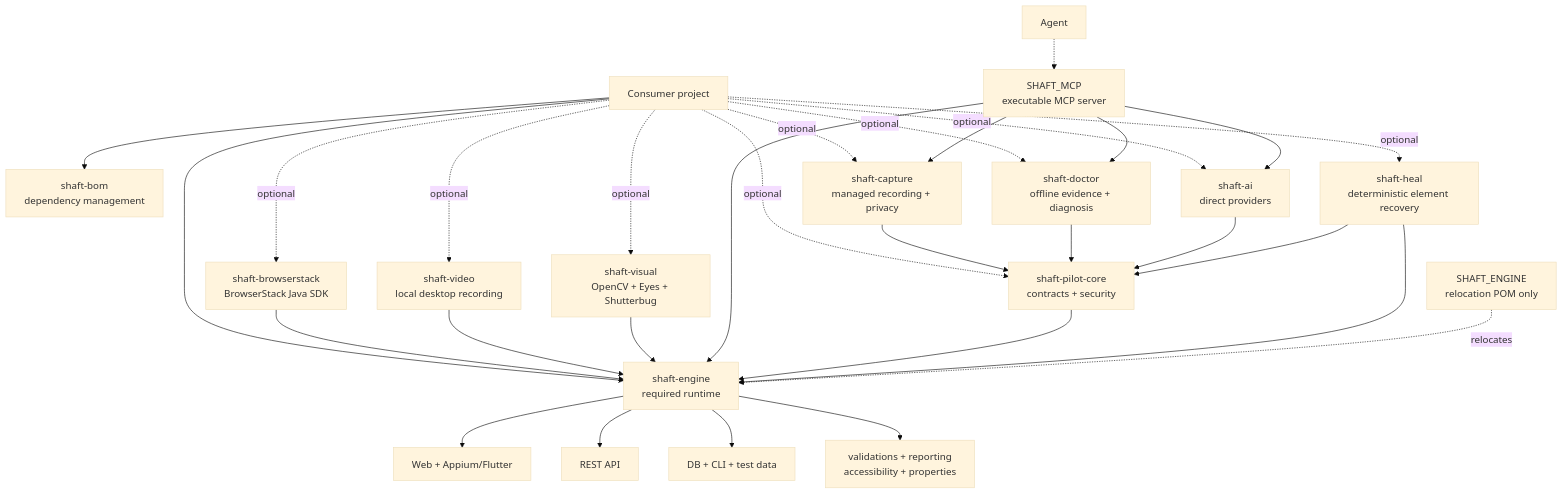
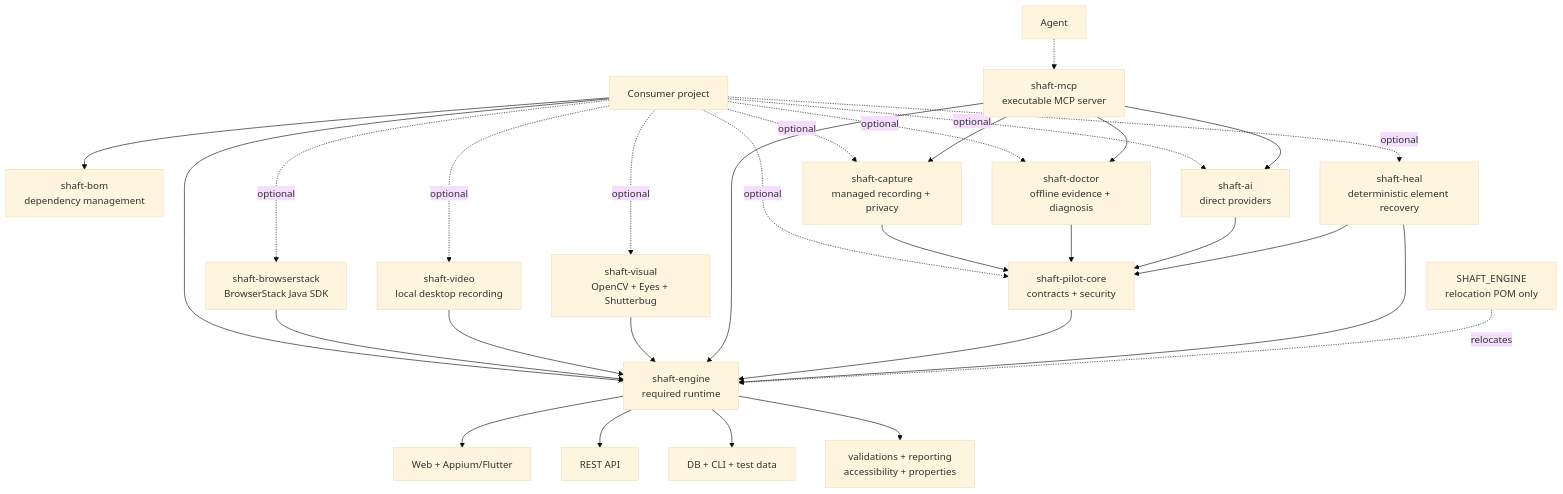
One commit to ShaftHQ/shafthq.github.io changed the first of 2 diagrams in docs/features/architecture.md. Above: the diagram before and after it, drawn with Mermaid (base theme). The commit also changed other lines of this file and 26 other files, not shown here.

Commit message:
docs: automate shaft-mcp desktop setup (#523)

````diff
--- a/docs/features/architecture.md
+++ b/docs/features/architecture.md
@@ -22,35 +22,35 @@
 ```mermaid
 flowchart TB
     Consumer["Consumer project"] --> BOM["shaft-bom<br/>dependency management"]
     Consumer --> Engine["shaft-engine<br/>required runtime"]
     Consumer -.->|optional| PilotCore["shaft-pilot-core<br/>contracts + security"]
     Consumer -.->|optional| Capture["shaft-capture<br/>managed recording + privacy"]
     Consumer -.->|optional| Doctor["shaft-doctor<br/>offline evidence + diagnosis"]
     Consumer -.->|optional| AI["shaft-ai<br/>direct providers"]
     Consumer -.->|optional| Heal["shaft-heal<br/>deterministic element recovery"]
     Consumer -.->|optional| BrowserStack["shaft-browserstack<br/>BrowserStack Java SDK"]
     Consumer -.->|optional| Video["shaft-video<br/>local desktop recording"]
     Consumer -.->|optional| Visual["shaft-visual<br/>OpenCV + Eyes + Shutterbug"]
-    Agent -.-> MCP["SHAFT_MCP<br/>executable MCP server"]
+    Agent -.-> MCP["shaft-mcp<br/>executable MCP server"]
 
     BrowserStack --> Engine
     Video --> Engine
     Visual --> Engine
     MCP --> Engine
     MCP --> Capture
     MCP --> Doctor
     MCP --> AI
     PilotCore --> Engine
     Capture --> PilotCore
     Doctor --> PilotCore
     AI --> PilotCore
     Heal --> Engine
     Heal --> PilotCore
 
     Legacy["SHAFT_ENGINE<br/>relocation POM only"] -.->|relocates| Engine
 
     Engine --> GUI["Web + Appium/Flutter"]
     Engine --> API["REST API"]
     Engine --> Data["DB + CLI + test data"]
     Engine --> Support["validations + reporting<br/>accessibility + properties"]
 ```
````
